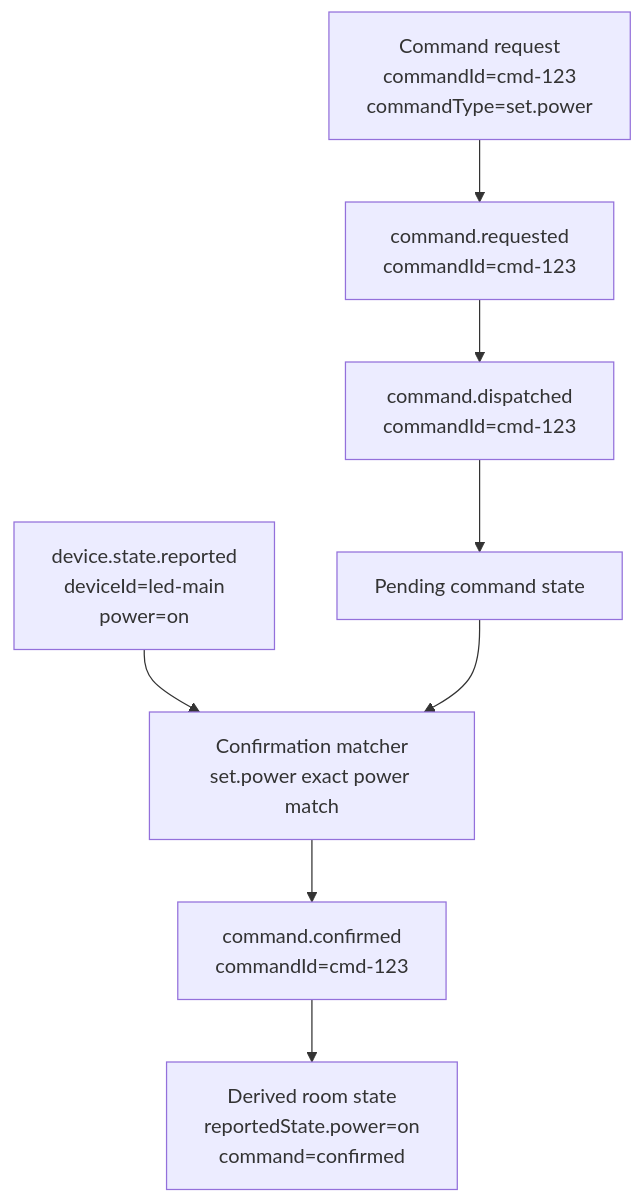
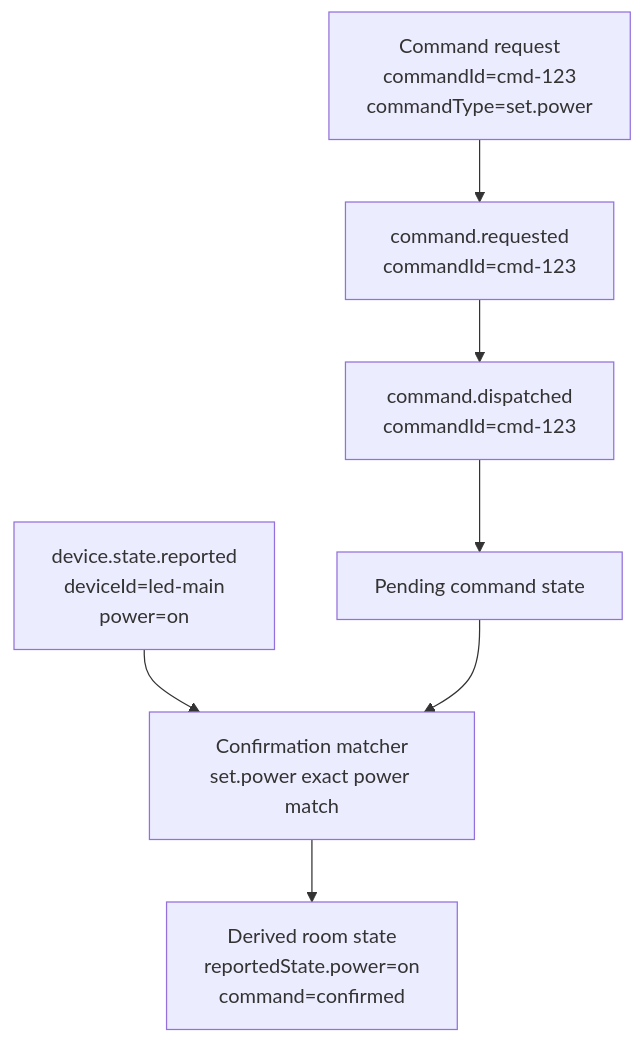
Before and after one commit to SzymonAntczak/smart-room-realtime-control-platform: the sixth of 8 diagrams in docs/architecture/examples.md, drawn with Mermaid. The commit also changed other lines of this file and 13 other files, not shown here.

````diff
--- a/docs/architecture/examples.md
+++ b/docs/architecture/examples.md
@@ -156,11 +156,10 @@
 ```mermaid
 flowchart TD
     cmd[Command request<br/>commandId=cmd-123<br/>commandType=set.power] --> requested[command.requested<br/>commandId=cmd-123]
     requested --> dispatched[command.dispatched<br/>commandId=cmd-123]
     dispatched --> pending[Pending command state]
 
     report[device.state.reported<br/>deviceId=led-main<br/>power=on] --> matcher[Confirmation matcher<br/>set.power exact power match]
     pending --> matcher
-    matcher --> confirmed[command.confirmed<br/>commandId=cmd-123]
-    confirmed --> room[Derived room state<br/>reportedState.power=on<br/>command=confirmed]
+    matcher --> room[Derived room state<br/>reportedState.power=on<br/>command=confirmed]
 ```
````
